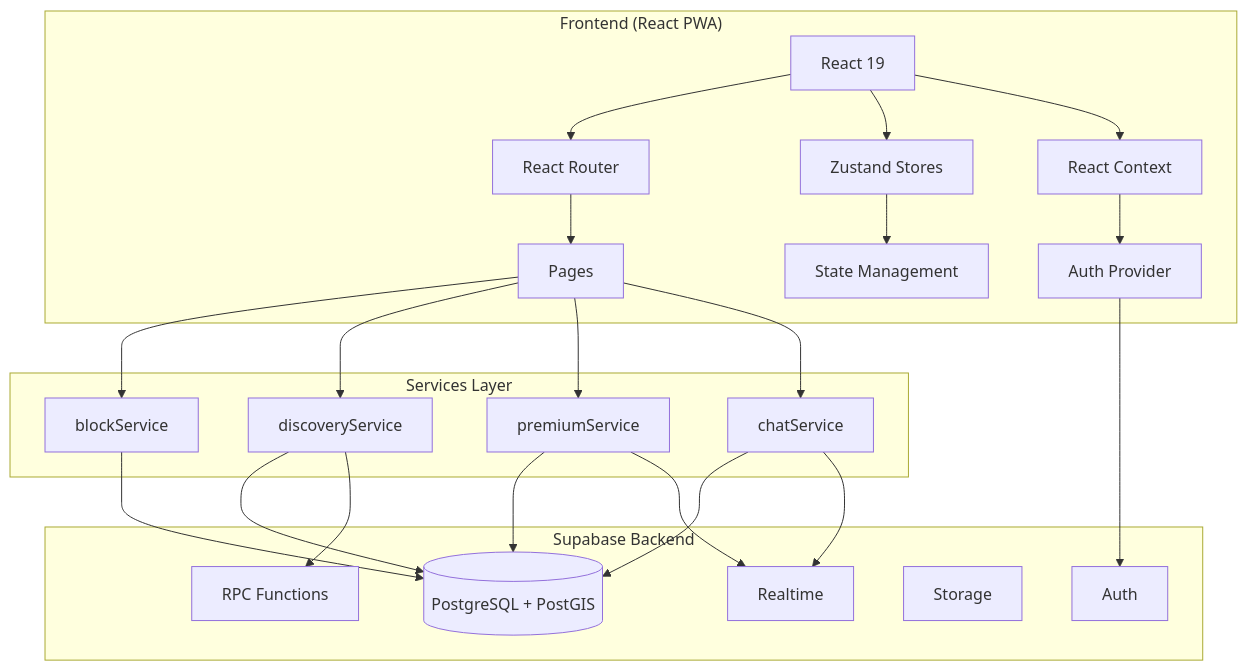
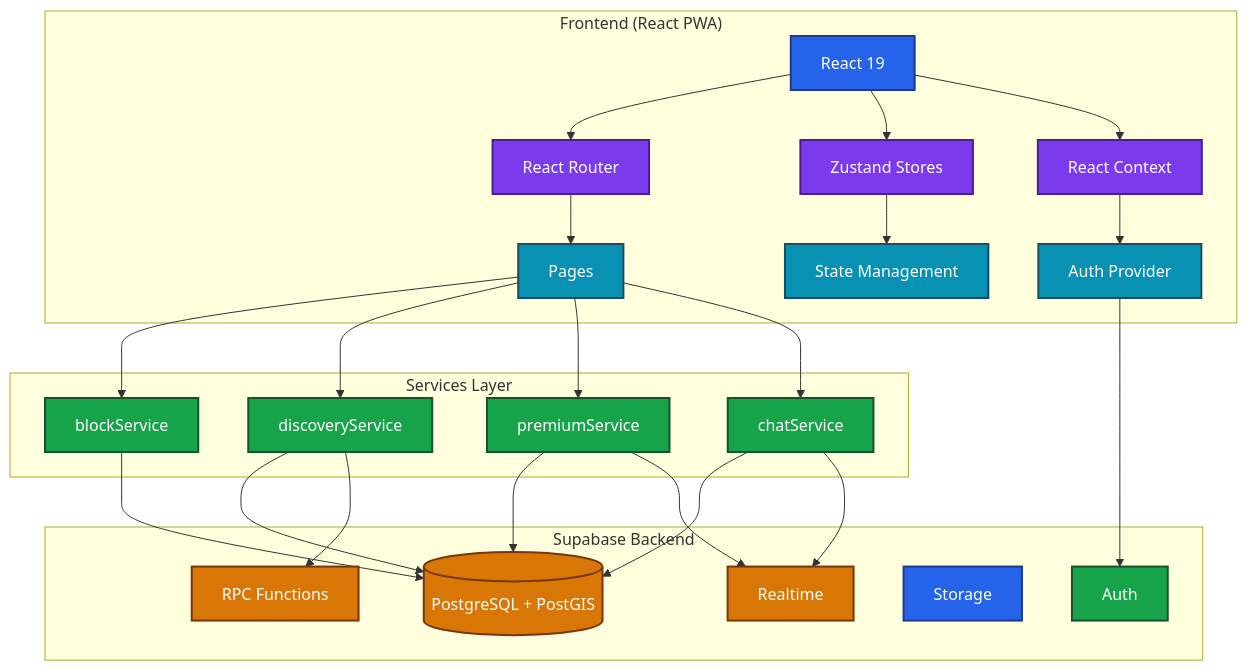
Before and after one commit to Adam-Blf/Echo: the first of 10 diagrams in docs/ARCHITECTURE.md, drawn with Mermaid. The commit also changed other lines of this file and 2 other files, not shown here.

First line of the commit message:
docs: add colors to mermaid diagrams (#9)

````diff
--- a/docs/ARCHITECTURE.md
+++ b/docs/ARCHITECTURE.md
@@ -7,41 +7,52 @@
 ```mermaid
 graph TB
     subgraph "Frontend (React PWA)"
         A[React 19] --> B[React Router]
         A --> C[Zustand Stores]
         A --> D[React Context]
         B --> E[Pages]
         C --> F[State Management]
         D --> G[Auth Provider]
     end
 
     subgraph "Services Layer"
         H[blockService]
         I[discoveryService]
         J[premiumService]
         K[chatService]
     end
 
     subgraph "Supabase Backend"
         L[(PostgreSQL + PostGIS)]
         M[Auth]
         N[Realtime]
         O[Storage]
         P[RPC Functions]
     end
 
     E --> H
     E --> I
     E --> J
     E --> K
 
     H --> L
     I --> L
     I --> P
     J --> L
     J --> N
     K --> L
     K --> N
 
     G --> M
+
+    classDef c0 fill:#2563eb,stroke:#1e3a8a,stroke-width:2px,color:#ffffff
+    classDef c1 fill:#7c3aed,stroke:#4c1d95,stroke-width:2px,color:#ffffff
+    classDef c2 fill:#0891b2,stroke:#164e63,stroke-width:2px,color:#ffffff
+    classDef c3 fill:#16a34a,stroke:#14532d,stroke-width:2px,color:#ffffff
+    classDef c4 fill:#d97706,stroke:#78350f,stroke-width:2px,color:#ffffff
+    class A,O c0
+    class B,C,D c1
+    class E,F,G c2
+    class H,I,J,K,M c3
+    class L,N,P c4
 ```
````
